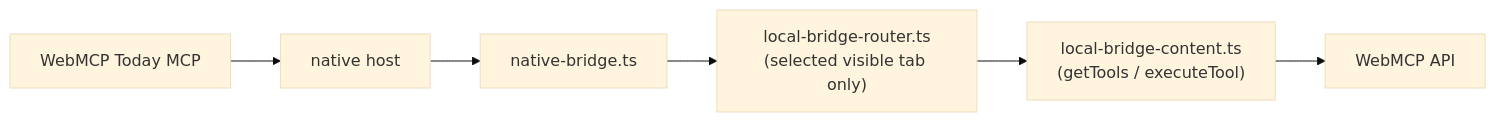
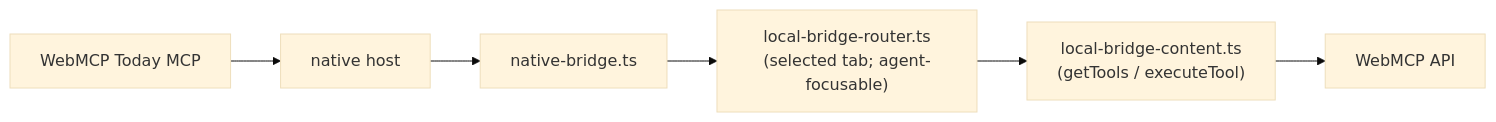
One commit to robertn702/webmcp-today changed the fifth of 6 diagrams in apps/extension/ARCHITECTURE.md. Above: the diagram before and after it, drawn with Mermaid (base theme). The commit also changed other lines of this file and 10 other files, not shown here.

Commit message:
feat(bridge): add agent-callable tab focus and multi-tab enumeration

````diff
--- a/apps/extension/ARCHITECTURE.md
+++ b/apps/extension/ARCHITECTURE.md
@@ -163,8 +164,8 @@
 ```mermaid
 flowchart LR
     MCP["WebMCP Today MCP"] --> HOST["native host"]
     HOST --> NB["native-bridge.ts"]
-    NB --> ROUTER["local-bridge-router.ts<br/>(selected visible tab only)"]
+    NB --> ROUTER["local-bridge-router.ts<br/>(selected tab; agent-focusable)"]
     ROUTER --> CONTENT["local-bridge-content.ts<br/>(getTools / executeTool)"]
     CONTENT --> MC["WebMCP API"]
 ```
````
